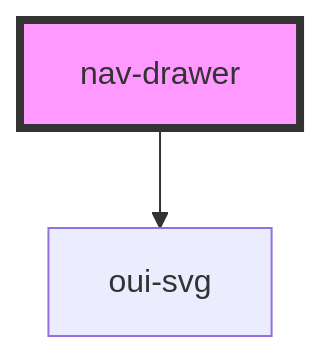
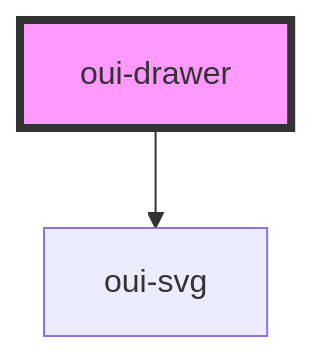
Before and after one commit to oberd/oui: the diagram in src/components/drawer/readme.md, drawn with Mermaid. The commit also changed other lines of this file and 5 other files, not shown here.

````diff
--- a/src/components/drawer/readme.md
+++ b/src/components/drawer/readme.md
@@ -38,5 +33,5 @@
 ```mermaid
 graph TD;
-  nav-drawer --> oui-svg
-  style nav-drawer fill:#f9f,stroke:#333,stroke-width:4px
+  oui-drawer --> oui-svg
+  style oui-drawer fill:#f9f,stroke:#333,stroke-width:4px
 ```
````
